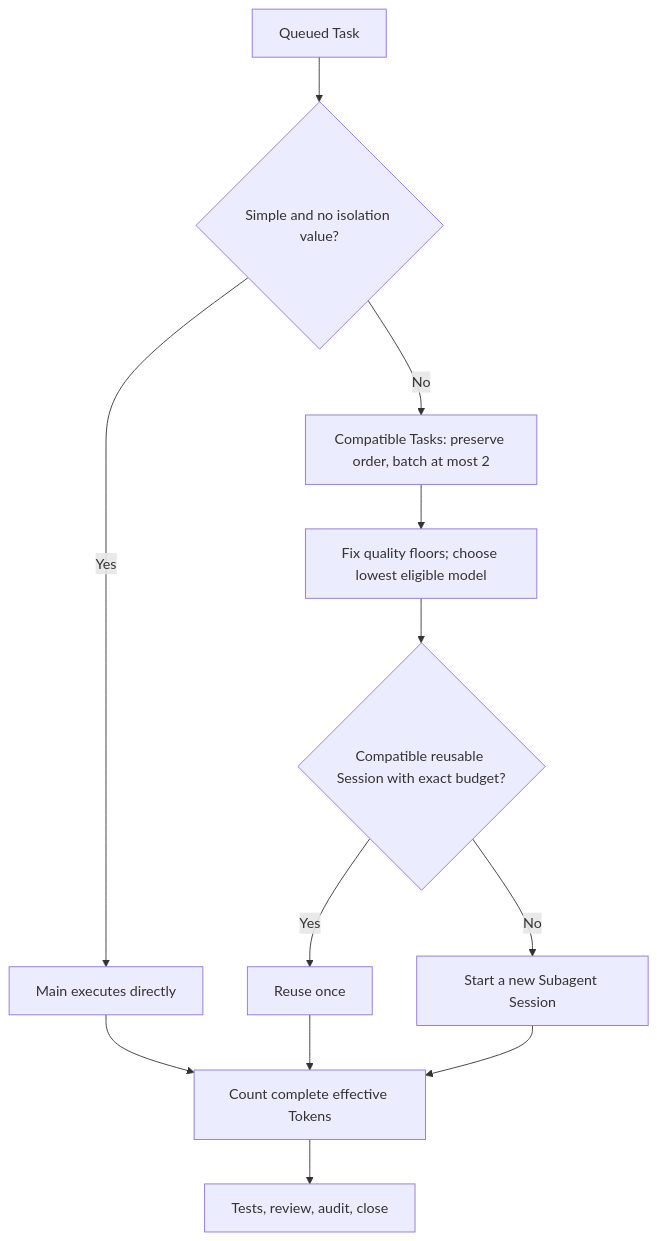
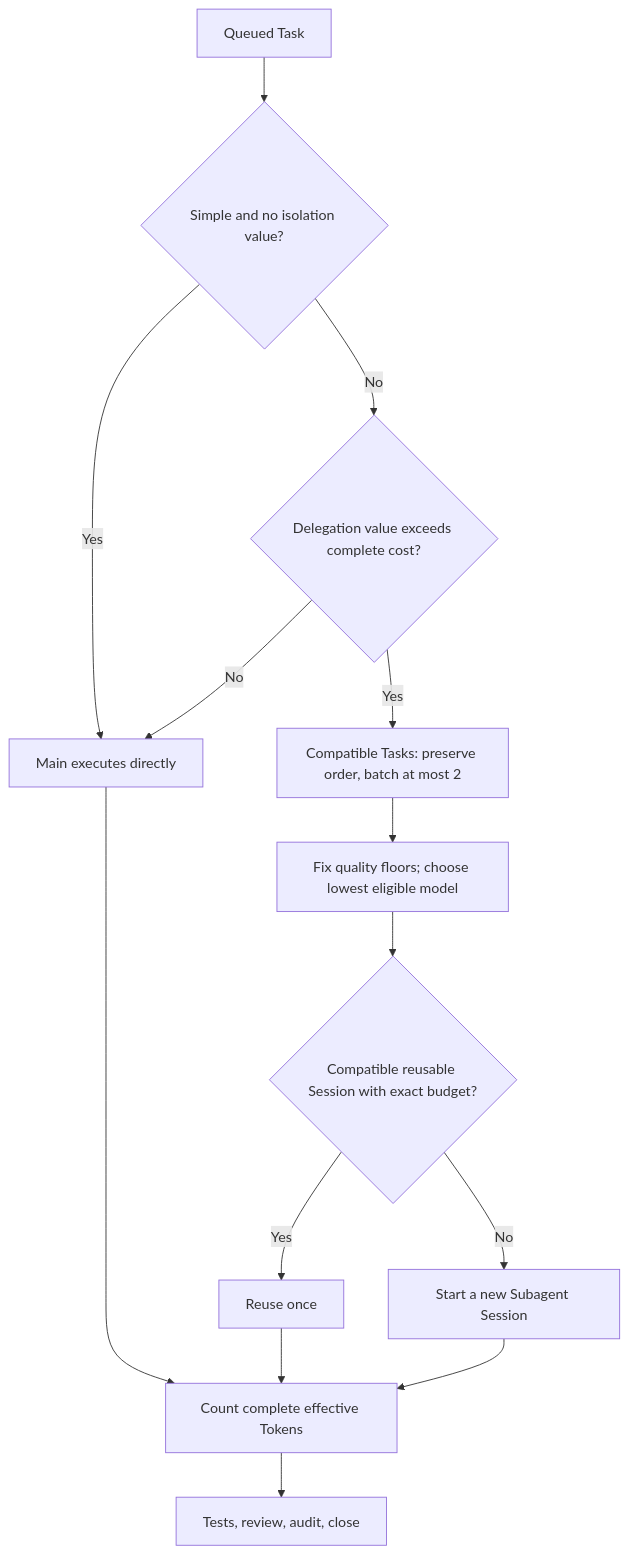
The diagram in docs/plans/2026-07-16-subagent-session-token-strategy-plan.md (kailiangshang/cached-subagent-harness), drawn with Mermaid before and after one commit. The commit also changed other lines of this file and 7 other files, not shown here.

````diff
--- a/docs/plans/2026-07-16-subagent-session-token-strategy-plan.md
+++ b/docs/plans/2026-07-16-subagent-session-token-strategy-plan.md
@@ -104,14 +104,16 @@
 ```mermaid
 flowchart TD
     A[Queued Task] --> B{Simple and no isolation value?}
     B -- Yes --> C[Main executes directly]
-    B -- No --> D[Compatible Tasks: preserve order, batch at most 2]
-    D --> E[Fix quality floors; choose lowest eligible model]
-    E --> F{Compatible reusable Session with exact budget?}
-    F -- Yes --> G[Reuse once]
-    F -- No --> H[Start a new Subagent Session]
-    C --> I[Count complete effective Tokens]
-    G --> I
-    H --> I
-    I --> J[Tests, review, audit, close]
+    B -- No --> D{Delegation value exceeds complete cost?}
+    D -- No --> C
+    D -- Yes --> E[Compatible Tasks: preserve order, batch at most 2]
+    E --> F[Fix quality floors; choose lowest eligible model]
+    F --> G{Compatible reusable Session with exact budget?}
+    G -- Yes --> H[Reuse once]
+    G -- No --> I[Start a new Subagent Session]
+    C --> J[Count complete effective Tokens]
+    H --> J
+    I --> J
+    J --> K[Tests, review, audit, close]
 ```
````
